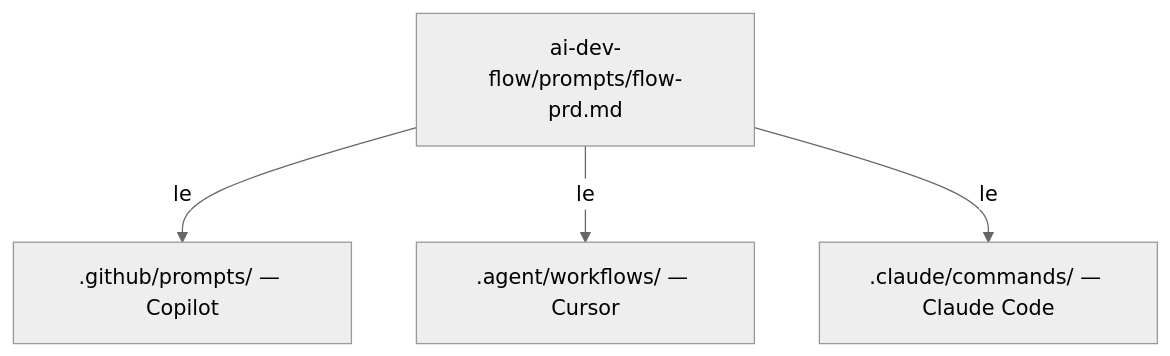
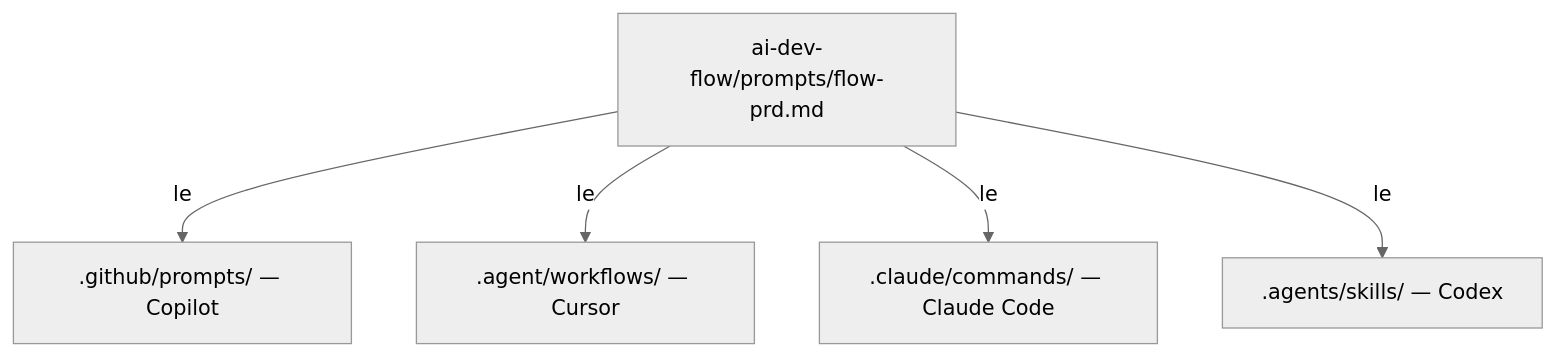
One commit to viniciuscarneiro/ai-dev-flow changed the second of 3 diagrams in README.pt-br.md. Above: the diagram before and after it, drawn with Mermaid (neutral theme). The commit also changed other lines of this file and 9 other files, not shown here.

````diff
--- a/README.pt-br.md
+++ b/README.pt-br.md
@@ -167,6 +169,7 @@
 ```mermaid
 graph TD
     S["ai-dev-flow/prompts/flow-prd.md"] -->|le| C1[".github/prompts/ — Copilot"]
     S -->|le| C2[".agent/workflows/ — Cursor"]
     S -->|le| C3[".claude/commands/ — Claude Code"]
+    S -->|le| C4[".agents/skills/ — Codex"]
 ```
````
